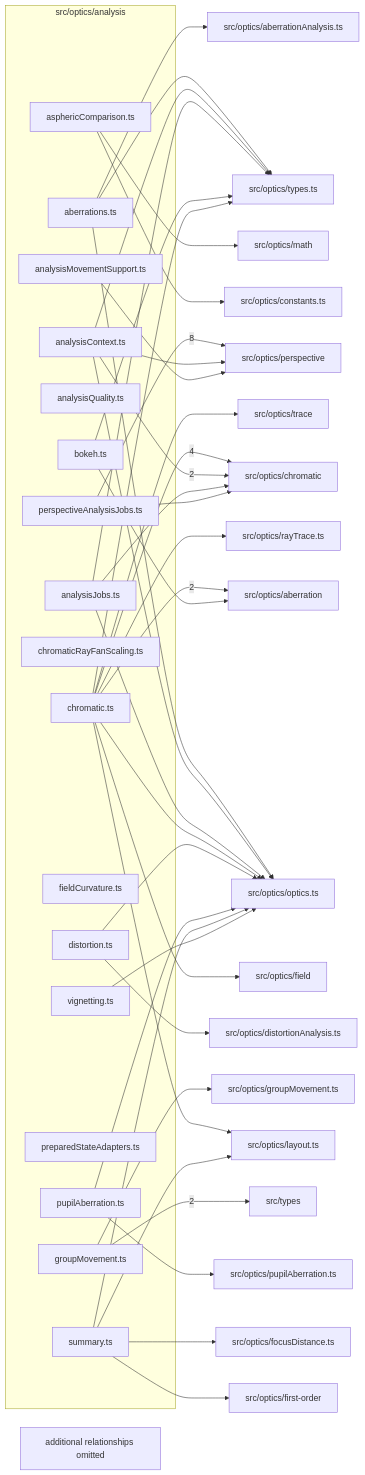
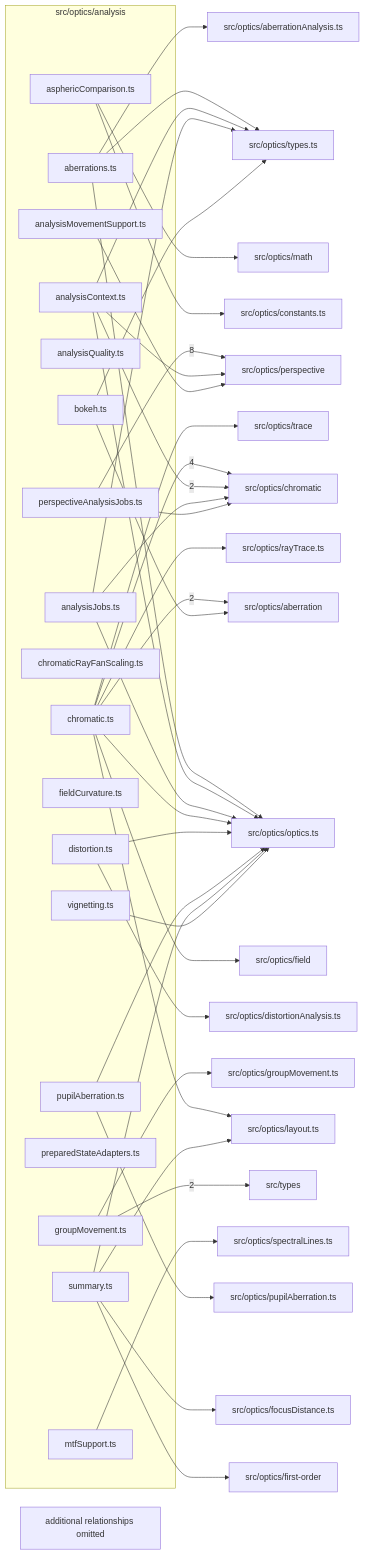
One commit to ronbuening/LensVisualizer changed the diagram in src/optics/analysis/readme.md. Above: the diagram before and after it, drawn with Mermaid. The commit also changed other lines of this file and 12 other files, not shown here.

Commit message:
feat(mtf): define support and calculation contracts

````diff
--- a/src/optics/analysis/readme.md
+++ b/src/optics/analysis/readme.md
@@ -9,77 +9,79 @@
 ```mermaid
 flowchart LR
   subgraph n_src_optics_analysis["src/optics/analysis"]
     n_src_optics_analysis_src_optics_analysis_aberrations_ts["aberrations.ts"]
     n_src_optics_analysis_src_optics_analysis_analysisContext_ts["analysisContext.ts"]
     n_src_optics_analysis_src_optics_analysis_analysisJobs_ts["analysisJobs.ts"]
     n_src_optics_analysis_src_optics_analysis_analysisMovementSupport_ts["analysisMovementSupport.ts"]
     n_src_optics_analysis_src_optics_analysis_analysisQuality_ts["analysisQuality.ts"]
     n_src_optics_analysis_src_optics_analysis_asphericComparison_ts["asphericComparison.ts"]
     n_src_optics_analysis_src_optics_analysis_bokeh_ts["bokeh.ts"]
     n_src_optics_analysis_src_optics_analysis_chromatic_ts["chromatic.ts"]
     n_src_optics_analysis_src_optics_analysis_chromaticRayFanScaling_ts["chromaticRayFanScaling.ts"]
     n_src_optics_analysis_src_optics_analysis_distortion_ts["distortion.ts"]
     n_src_optics_analysis_src_optics_analysis_fieldCurvature_ts["fieldCurvature.ts"]
     n_src_optics_analysis_src_optics_analysis_groupMovement_ts["groupMovement.ts"]
+    n_src_optics_analysis_src_optics_analysis_mtfSupport_ts["mtfSupport.ts"]
     n_src_optics_analysis_src_optics_analysis_perspectiveAnalysisJobs_ts["perspectiveAnalysisJobs.ts"]
     n_src_optics_analysis_src_optics_analysis_preparedStateAdapters_ts["preparedStateAdapters.ts"]
     n_src_optics_analysis_src_optics_analysis_pupilAberration_ts["pupilAberration.ts"]
     n_src_optics_analysis_src_optics_analysis_summary_ts["summary.ts"]
     n_src_optics_analysis_src_optics_analysis_vignetting_ts["vignetting.ts"]
   end
   n_external_src_optics_perspective["src/optics/perspective"]
   n_external_src_optics_chromatic["src/optics/chromatic"]
   n_external_src_optics_aberration["src/optics/aberration"]
   n_external_src_types["src/types"]
   n_external_src_optics_aberrationAnalysis_ts["src/optics/aberrationAnalysis.ts"]
   n_external_src_optics_constants_ts["src/optics/constants.ts"]
   n_external_src_optics_distortionAnalysis_ts["src/optics/distortionAnalysis.ts"]
   n_external_src_optics_field["src/optics/field"]
   n_external_src_optics_first_order["src/optics/first-order"]
   n_external_src_optics_focusDistance_ts["src/optics/focusDistance.ts"]
   n_external_src_optics_groupMovement_ts["src/optics/groupMovement.ts"]
   n_external_src_optics_layout_ts["src/optics/layout.ts"]
   n_external_src_optics_math["src/optics/math"]
   n_external_src_optics_optics_ts["src/optics/optics.ts"]
   n_external_src_optics_pupilAberration_ts["src/optics/pupilAberration.ts"]
   n_external_src_optics_rayTrace_ts["src/optics/rayTrace.ts"]
+  n_external_src_optics_spectralLines_ts["src/optics/spectralLines.ts"]
   n_external_src_optics_trace["src/optics/trace"]
   n_external_src_optics_types_ts["src/optics/types.ts"]
   n_src_optics_analysis_src_optics_analysis_perspectiveAnalysisJobs_ts --> |8| n_external_src_optics_perspective
   n_src_optics_analysis_src_optics_analysis_chromatic_ts --> |4| n_external_src_optics_chromatic
   n_src_optics_analysis_src_optics_analysis_chromatic_ts --> |2| n_external_src_optics_aberration
   n_src_optics_analysis_src_optics_analysis_analysisContext_ts --> |2| n_external_src_optics_chromatic
   n_src_optics_analysis_src_optics_analysis_groupMovement_ts --> |2| n_external_src_types
   n_src_optics_analysis_src_optics_analysis_bokeh_ts --> n_external_src_optics_aberration
   n_src_optics_analysis_src_optics_analysis_aberrations_ts --> n_external_src_optics_aberrationAnalysis_ts
   n_src_optics_analysis_src_optics_analysis_analysisJobs_ts --> n_external_src_optics_chromatic
   n_src_optics_analysis_src_optics_analysis_perspectiveAnalysisJobs_ts --> n_external_src_optics_chromatic
   n_src_optics_analysis_src_optics_analysis_asphericComparison_ts --> n_external_src_optics_constants_ts
   n_src_optics_analysis_src_optics_analysis_distortion_ts --> n_external_src_optics_distortionAnalysis_ts
   n_src_optics_analysis_src_optics_analysis_chromatic_ts --> n_external_src_optics_field
   n_src_optics_analysis_src_optics_analysis_summary_ts --> n_external_src_optics_first_order
   n_src_optics_analysis_src_optics_analysis_summary_ts --> n_external_src_optics_focusDistance_ts
   n_src_optics_analysis_src_optics_analysis_groupMovement_ts --> n_external_src_optics_groupMovement_ts
   n_src_optics_analysis_src_optics_analysis_chromatic_ts --> n_external_src_optics_layout_ts
   n_src_optics_analysis_src_optics_analysis_summary_ts --> n_external_src_optics_layout_ts
   n_src_optics_analysis_src_optics_analysis_asphericComparison_ts --> n_external_src_optics_math
   n_src_optics_analysis_src_optics_analysis_aberrations_ts --> n_external_src_optics_optics_ts
   n_src_optics_analysis_src_optics_analysis_analysisContext_ts --> n_external_src_optics_optics_ts
   n_src_optics_analysis_src_optics_analysis_analysisJobs_ts --> n_external_src_optics_optics_ts
   n_src_optics_analysis_src_optics_analysis_chromatic_ts --> n_external_src_optics_optics_ts
   n_src_optics_analysis_src_optics_analysis_distortion_ts --> n_external_src_optics_optics_ts
   n_src_optics_analysis_src_optics_analysis_pupilAberration_ts --> n_external_src_optics_optics_ts
   n_src_optics_analysis_src_optics_analysis_summary_ts --> n_external_src_optics_optics_ts
   n_src_optics_analysis_src_optics_analysis_vignetting_ts --> n_external_src_optics_optics_ts
   n_src_optics_analysis_src_optics_analysis_analysisContext_ts --> n_external_src_optics_perspective
   n_src_optics_analysis_src_optics_analysis_analysisMovementSupport_ts --> n_external_src_optics_perspective
   n_src_optics_analysis_src_optics_analysis_pupilAberration_ts --> n_external_src_optics_pupilAberration_ts
   n_src_optics_analysis_src_optics_analysis_chromatic_ts --> n_external_src_optics_rayTrace_ts
+  n_src_optics_analysis_src_optics_analysis_mtfSupport_ts --> n_external_src_optics_spectralLines_ts
   n_src_optics_analysis_src_optics_analysis_chromatic_ts --> n_external_src_optics_trace
   n_src_optics_analysis_src_optics_analysis_aberrations_ts --> n_external_src_optics_types_ts
   n_src_optics_analysis_src_optics_analysis_analysisContext_ts --> n_external_src_optics_types_ts
   n_src_optics_analysis_src_optics_analysis_analysisJobs_ts --> n_external_src_optics_types_ts
   n_src_optics_analysis_src_optics_analysis_bokeh_ts --> n_external_src_optics_types_ts
-  n_src_optics_analysis_src_optics_analysis_chromatic_ts --> n_external_src_optics_types_ts
   n_src_optics_analysis_truncated["additional relationships omitted"]
 ```
````
